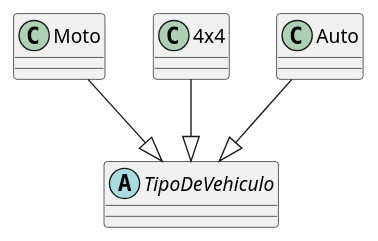
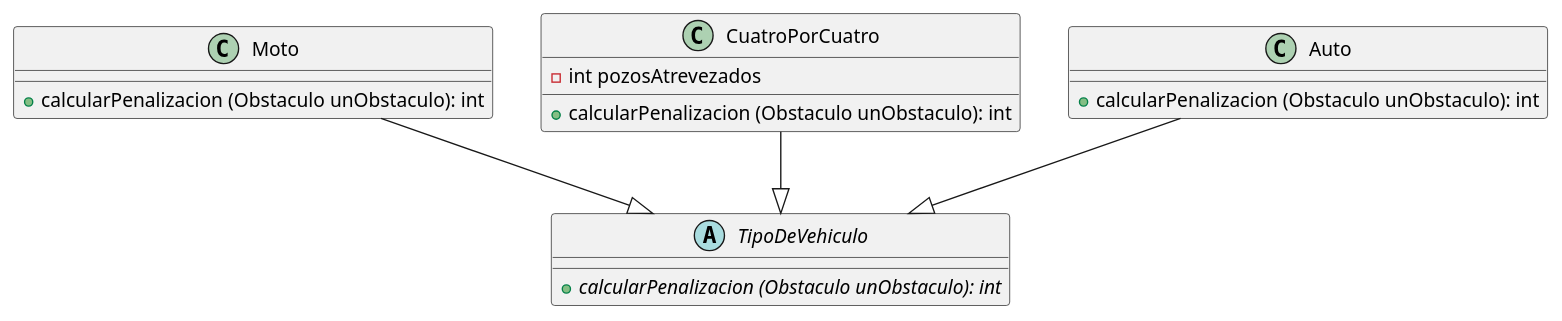
One commit to FacundoBaez1994/Algo3Tp2 changed the diagram in diagrams/classes/DiagramaDeClaseHerenciaVehiculo.puml. Above: the diagram before and after it, drawn with PlantUML. The commit also changed 5 other files, not shown here.

Commit message:
Diagrama de Clases actualizados

```diff
--- a/diagrams/classes/DiagramaDeClaseHerenciaVehiculo.puml
+++ b/diagrams/classes/DiagramaDeClaseHerenciaVehiculo.puml
@@ -1,10 +1,19 @@
 @startuml
-abstract class TipoDeVehiculo
-class Moto
-class 4x4
-class Auto
+abstract class TipoDeVehiculo {
+    + {abstract} calcularPenalizacion (Obstaculo unObstaculo): int
+}
+class Moto {
+    + calcularPenalizacion (Obstaculo unObstaculo): int
+}
+class CuatroPorCuatro {
+- int pozosAtrevezados
++ calcularPenalizacion (Obstaculo unObstaculo): int
+}
+class Auto {
+   + calcularPenalizacion (Obstaculo unObstaculo): int
+}
 Moto --|> TipoDeVehiculo
 Auto --|> TipoDeVehiculo
-4x4 --|> TipoDeVehiculo
+CuatroPorCuatro  --|> TipoDeVehiculo
 
 @enduml
```
